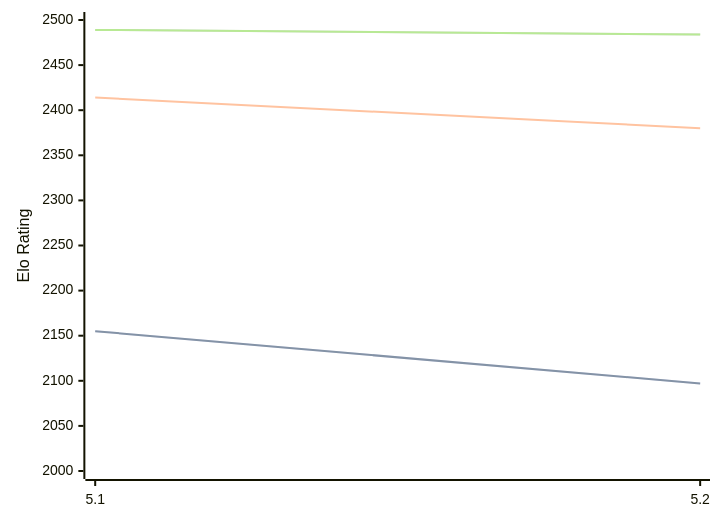
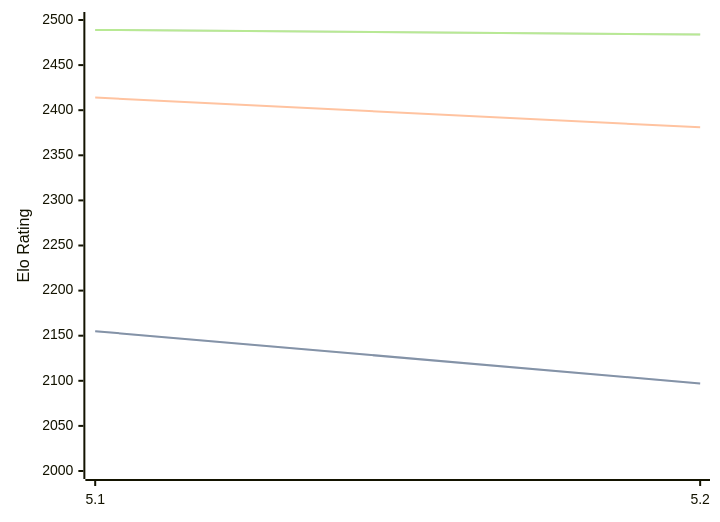
Before and after one commit to computer-chess-index/cci: the diagram in engines/Prophet.md, drawn with Mermaid. The commit also changed other lines of this file, not shown here.

````diff
--- a/engines/Prophet.md
+++ b/engines/Prophet.md
@@ -38,11 +38,11 @@
 ```mermaid
 %%{init: {"theme":"base","themeVariables":{"seriesColors:['#a3a3a3','#222221','#faa371']}}}%%
 xychart-beta
   x-axis ["5.1", "5.2"]
   y-axis "Elo Rating" 2000 --> 2500
   line "STC (8.0+0.08s)" [2155, 2097]
   line "STC (8.0+0.08s)" [2155, 2097]
-  line "LTC (60.0+0.60s)" [2414, 2380]
+  line "LTC (60.0+0.60s)" [2414, 2381]
   line "VLTC (2m24s+1.12s)" [2489, 2484]
   line "VLTC (2m24s+1.12s)" [2489, 2484]
 ```
````
